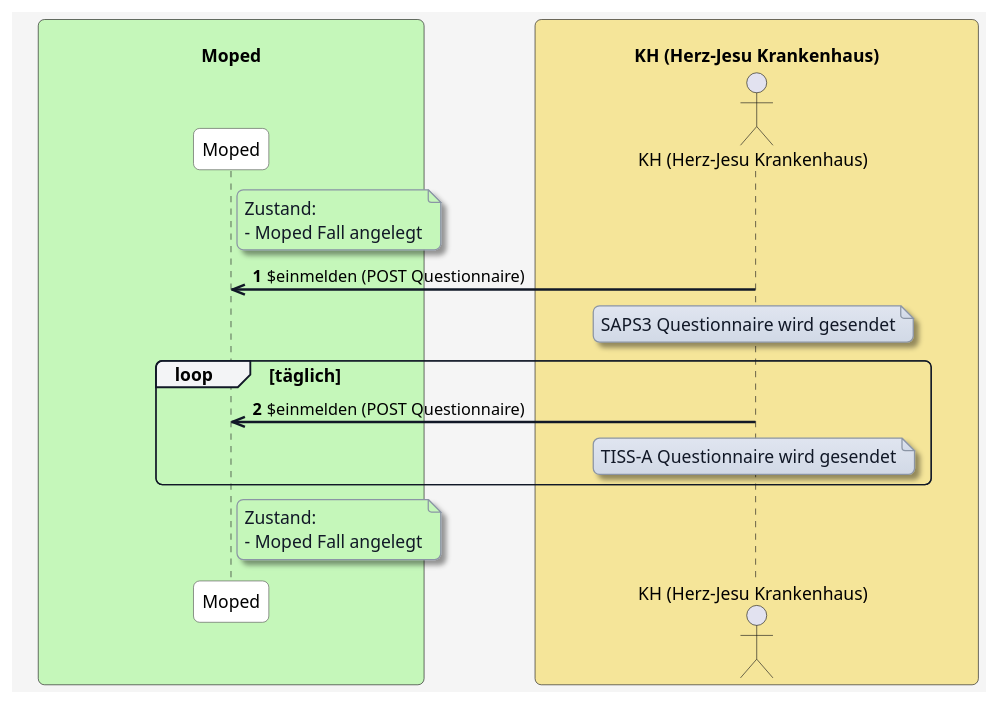
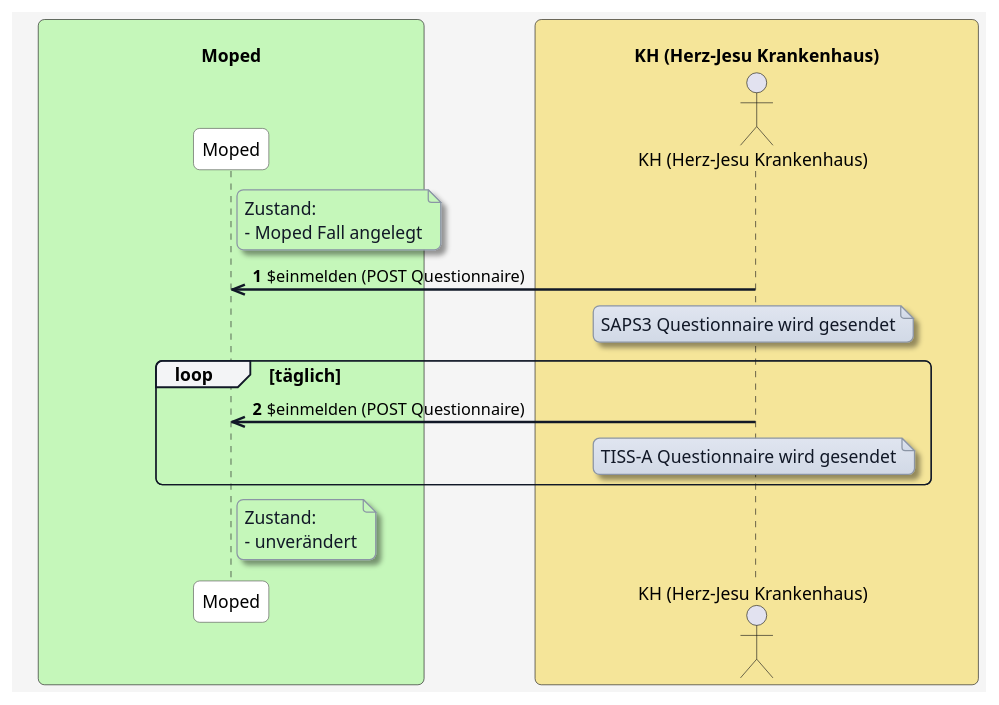
One commit to HL7Austria/ELGA-MOPED-R5 changed the diagram in input/images-source/Patientenversorgung/Patientenversorgung-einmelden-intensiv.plantuml. Above: the diagram before and after it, drawn with PlantUML. The commit also changed 1 other file, not shown here.

```diff
--- a/input/images-source/Patientenversorgung/Patientenversorgung-einmelden-intensiv.plantuml
+++ b/input/images-source/Patientenversorgung/Patientenversorgung-einmelden-intensiv.plantuml
@@ -1,78 +1,78 @@
 @startuml
 skinparam borderColor #000000
 skinparam backgroundColor #f5f5f5
 skinparam shadowing false
 skinparam roundCorner 10
 skinparam defaultFontName "Arial"
 skinparam defaultFontSize 14
 skinparam defaultFontColor #000000
 
 skinparam note {
   BackgroundColor #e0e5f0-#d1d9e6
   BorderColor #8b95a5
   BorderThickness 1
   RoundCorner 8
   Padding 6
   FontColor #111827
   Shadowing true
 }
 
 skinparam HyperlinkColor #0000EE
 skinparam HyperlinkUnderline false
 
 skinparam sequence {
   ParticipantBorderColor #555555
   ParticipantBackgroundColor #ffffff
   ParticipantFontColor #000000
   ParticipantFontSize 14
   ParticipantPadding 20
   ArrowColor #111827
   ArrowThickness 2
   ArrowFontColor #000000
   ArrowFontSize 13
   GroupBorderColor #111827
   GroupBackgroundColor #f3f4f6
   GroupBorderThickness 1
 }
 
 skinparam BoxPadding 20
 skinparam BoxBorderColor #555555
 
 box "\n                                   Moped                                   " #c5f7ba
   participant MP as "Moped"
 end box
 
 box "\n                     KH (Herz-Jesu Krankenhaus)                     " #f5e599
   actor KH as "KH (Herz-Jesu Krankenhaus)"
 end box
 
 
 autonumber
 
 note right of MP #c5f7ba
 Zustand:
 - Moped Fall angelegt
 end note
 
 KH ->> MP: $einmelden (POST Questionnaire)
 
 note over KH
 SAPS3 Questionnaire wird gesendet
 end note
 
 loop täglich
   KH ->> MP: $einmelden (POST Questionnaire)
 
   note over KH
   TISS-A Questionnaire wird gesendet
   end note
 end loop
 
 
 
 note right of MP #c5f7ba
 Zustand:
-- Moped Fall angelegt
+- unverändert
 end note
 
 @enduml
```
